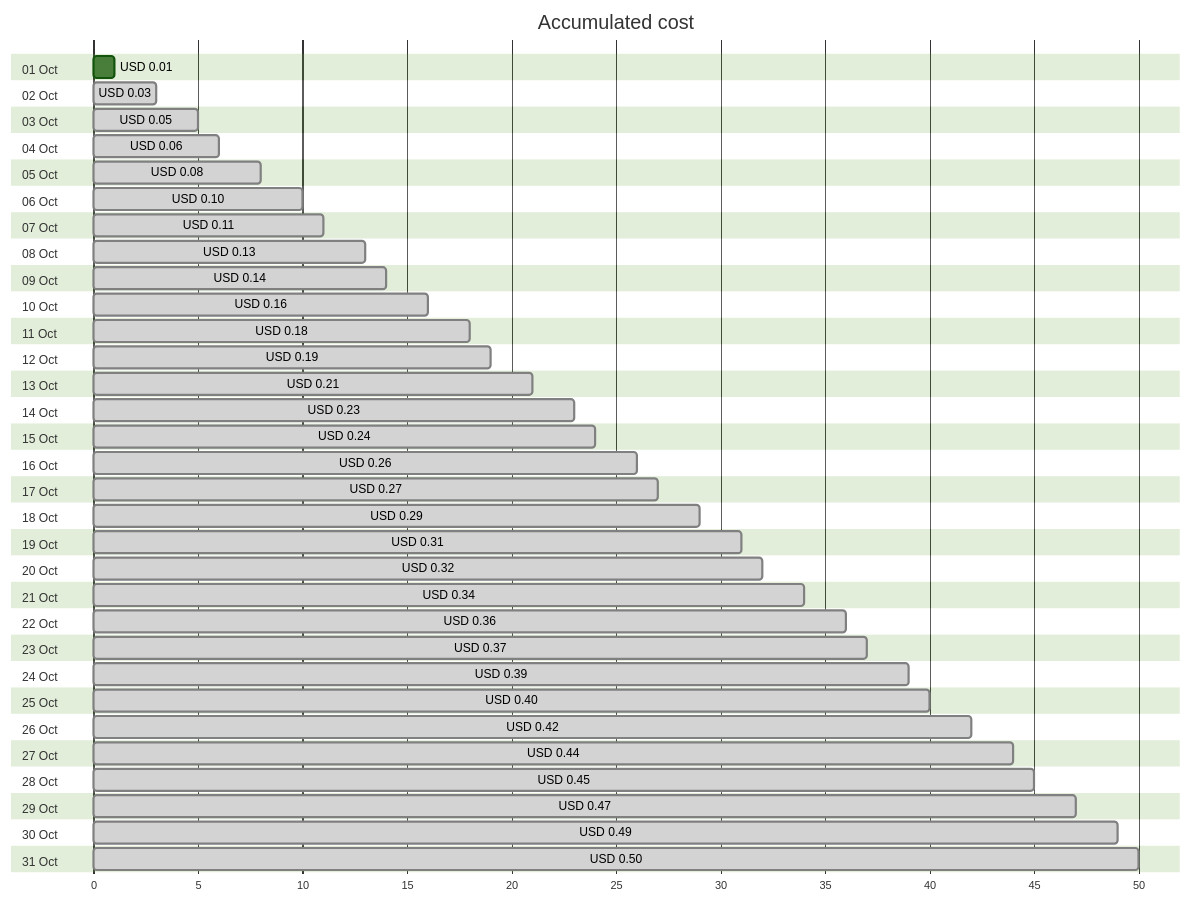
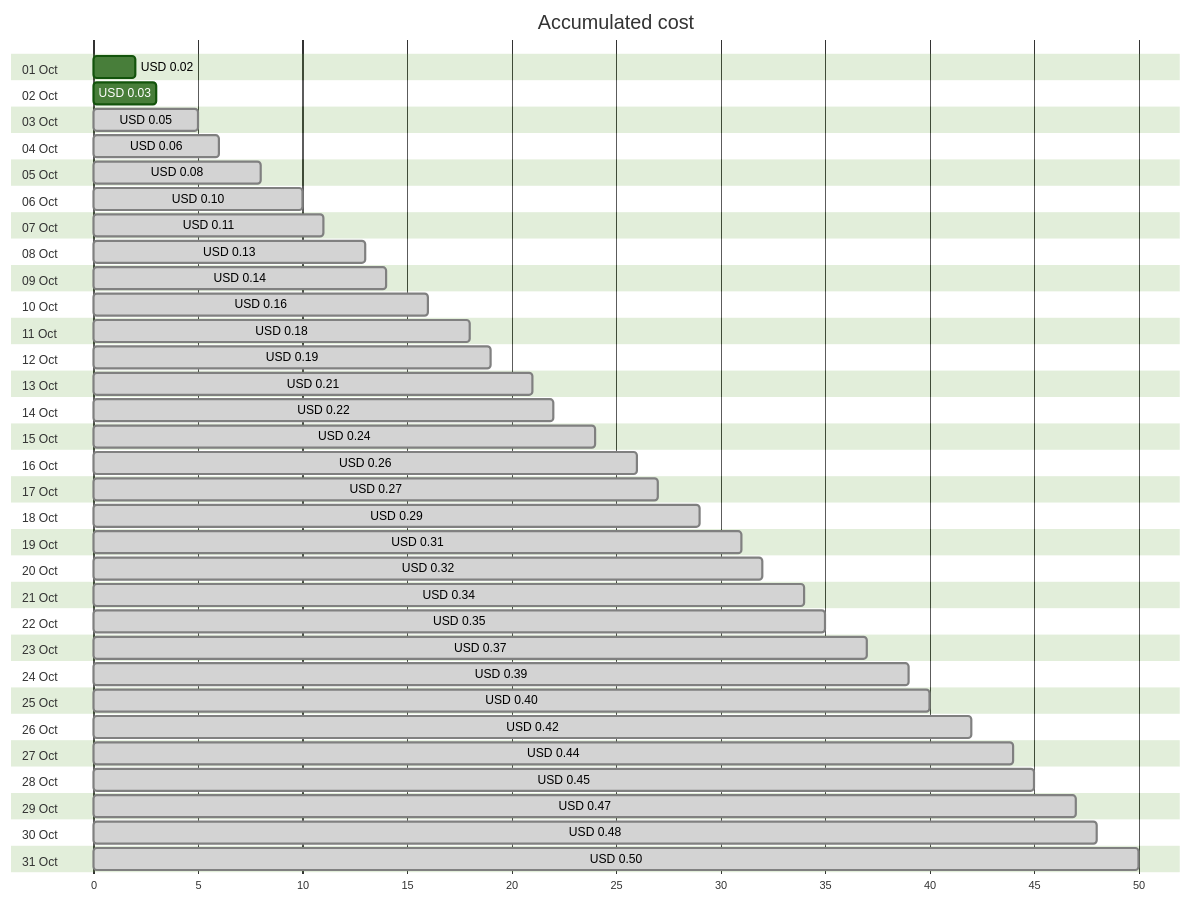
Before and after one commit to jpfulton/azure-personal-reports: the first of 4 diagrams in cost-reports/personal-network/private.jpatrickfulton.com.md, drawn with Mermaid (forest theme). The commit also changed other lines of this file and 8 other files, not shown here.

````diff
--- a/cost-reports/personal-network/private.jpatrickfulton.com.md
+++ b/cost-reports/personal-network/private.jpatrickfulton.com.md
@@ -20,68 +20,68 @@
 ```mermaid
 gantt
    title Accumulated cost
    dateFormat  X
    axisFormat %s
    section 01 Oct
-   USD 0.01 :0, 1
+   USD 0.02 :0, 2
    section 02 Oct
-   USD 0.03 : done, 0, 3
+   USD 0.03 :0, 3
    section 03 Oct
    USD 0.05 : done, 0, 5
    section 04 Oct
    USD 0.06 : done, 0, 6
    section 05 Oct
    USD 0.08 : done, 0, 8
    section 06 Oct
    USD 0.10 : done, 0, 10
    section 07 Oct
    USD 0.11 : done, 0, 11
    section 08 Oct
    USD 0.13 : done, 0, 13
    section 09 Oct
    USD 0.14 : done, 0, 14
    section 10 Oct
    USD 0.16 : done, 0, 16
    section 11 Oct
    USD 0.18 : done, 0, 18
    section 12 Oct
    USD 0.19 : done, 0, 19
    section 13 Oct
    USD 0.21 : done, 0, 21
    section 14 Oct
-   USD 0.23 : done, 0, 23
+   USD 0.22 : done, 0, 22
    section 15 Oct
    USD 0.24 : done, 0, 24
    section 16 Oct
    USD 0.26 : done, 0, 26
    section 17 Oct
    USD 0.27 : done, 0, 27
    section 18 Oct
    USD 0.29 : done, 0, 29
    section 19 Oct
    USD 0.31 : done, 0, 31
    section 20 Oct
    USD 0.32 : done, 0, 32
    section 21 Oct
    USD 0.34 : done, 0, 34
    section 22 Oct
-   USD 0.36 : done, 0, 36
+   USD 0.35 : done, 0, 35
    section 23 Oct
    USD 0.37 : done, 0, 37
    section 24 Oct
    USD 0.39 : done, 0, 39
    section 25 Oct
    USD 0.40 : done, 0, 40
    section 26 Oct
    USD 0.42 : done, 0, 42
    section 27 Oct
    USD 0.44 : done, 0, 44
    section 28 Oct
    USD 0.45 : done, 0, 45
    section 29 Oct
    USD 0.47 : done, 0, 47
    section 30 Oct
-   USD 0.49 : done, 0, 49
+   USD 0.48 : done, 0, 48
    section 31 Oct
    USD 0.50 : done, 0, 50
 ```
````
